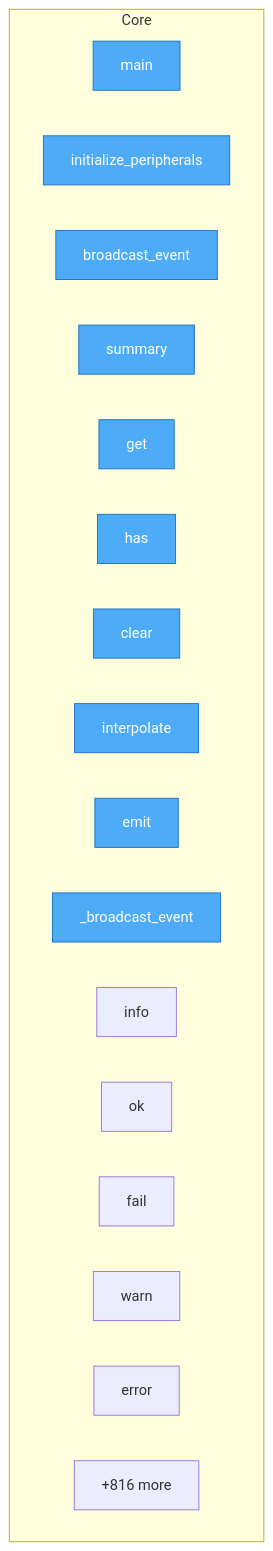
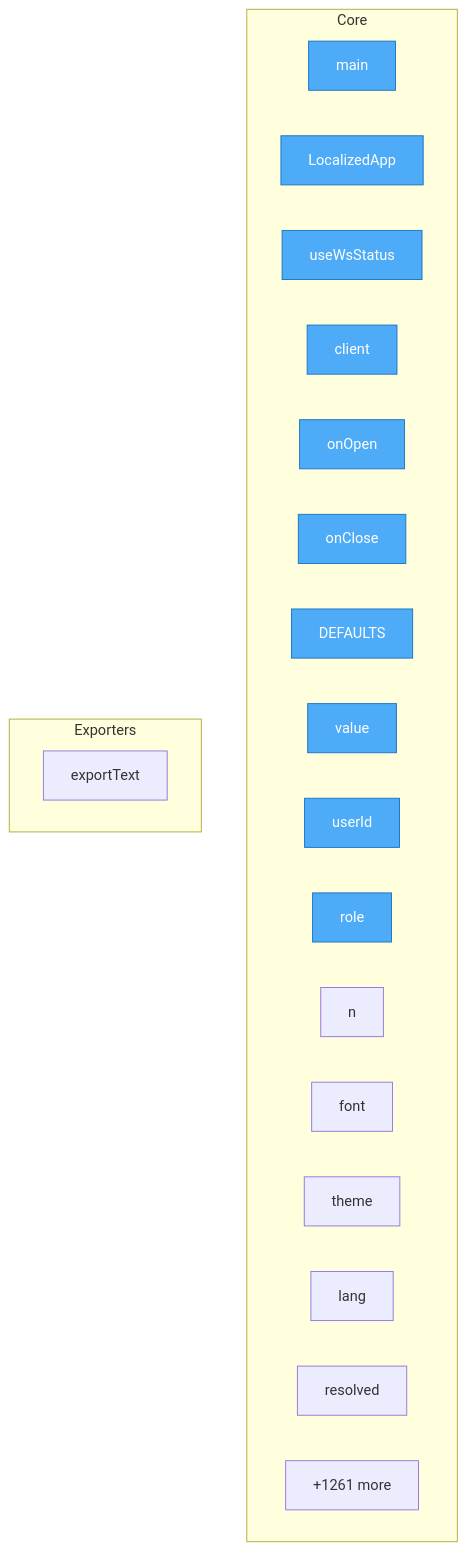
One commit to oqlos/oqlos changed the diagram in project/flow.mmd. Above: the diagram before and after it, drawn with Mermaid. The commit also changed 76 other files, not shown here.

```diff
--- a/project/flow.mmd
+++ b/project/flow.mmd
@@ -1,26 +1,30 @@
 flowchart TD
-%% generated in 0.03s
+%% generated in 0.06s
 
     %% Entry points (blue)
     classDef entry fill:#4dabf7,stroke:#1971c2,color:#fff
 
     subgraph Core
         setup_hardware_and_run_oql__main["main"]
-        oqlos__core__state__StateManager__initialize_peripherals["initialize_peripherals"]
-        oqlos__core__state__StateManager__broadcast_event["broadcast_event"]
-        oqlos__core__base__ScriptResult__summary["summary"]
-        oqlos__core__base__VariableStore__get["get"]
-        oqlos__core__base__VariableStore__has["has"]
-        oqlos__core__base__VariableStore__clear["clear"]
-        oqlos__core__base__VariableStore__interpolate["interpolate"]
-        oqlos__core__base__InterpreterOutput__emit["emit"]
-        oqlos__core__base__InterpreterOutput___broadcast_event["_broadcast_event"]
-        oqlos__core__base__InterpreterOutput__info["info"]
-        oqlos__core__base__InterpreterOutput__ok["ok"]
-        oqlos__core__base__InterpreterOutput__fail["fail"]
-        oqlos__core__base__InterpreterOutput__warn["warn"]
-        oqlos__core__base__InterpreterOutput__error["error"]
-        ...["+816 more"]
+        frontend__src__main__LocalizedApp["LocalizedApp"]
+        frontend__src__hooks__useWsStatus__useWsStatus["useWsStatus"]
+        frontend__src__hooks__useWsStatus__client["client"]
+        frontend__src__hooks__useWsStatus__onOpen["onOpen"]
+        frontend__src__hooks__useWsStatus__onClose["onClose"]
+        frontend__src__hooks__useUrlConfig__DEFAULTS["DEFAULTS"]
+        frontend__src__hooks__useUrlConfig__value["value"]
+        frontend__src__hooks__useUrlConfig__userId["userId"]
+        frontend__src__hooks__useUrlConfig__role["role"]
+        frontend__src__hooks__useUrlConfig__n["n"]
+        frontend__src__hooks__useUrlConfig__font["font"]
+        frontend__src__hooks__useUrlConfig__theme["theme"]
+        frontend__src__hooks__useUrlConfig__lang["lang"]
+        frontend__src__hooks__useUrlConfig__resolved["resolved"]
+        ...["+1261 more"]
     end
 
-    class setup_hardware_and_run_oql__main,oqlos__core__state__StateManager__initialize_peripherals,oqlos__core__state__StateManager__broadcast_event,oqlos__core__base__ScriptResult__summary,oqlos__core__base__VariableStore__get,oqlos__core__base__VariableStore__has,oqlos__core__base__VariableStore__clear,oqlos__core__base__VariableStore__interpolate,oqlos__core__base__InterpreterOutput__emit,oqlos__core__base__InterpreterOutput___broadcast_event entry
+    subgraph Exporters
+        frontend__src__pages__HardwareRestart__exportText["exportText"]
+    end
+
+    class setup_hardware_and_run_oql__main,frontend__src__main__LocalizedApp,frontend__src__hooks__useWsStatus__useWsStatus,frontend__src__hooks__useWsStatus__client,frontend__src__hooks__useWsStatus__onOpen,frontend__src__hooks__useWsStatus__onClose,frontend__src__hooks__useUrlConfig__DEFAULTS,frontend__src__hooks__useUrlConfig__value,frontend__src__hooks__useUrlConfig__userId,frontend__src__hooks__useUrlConfig__role entry
```
